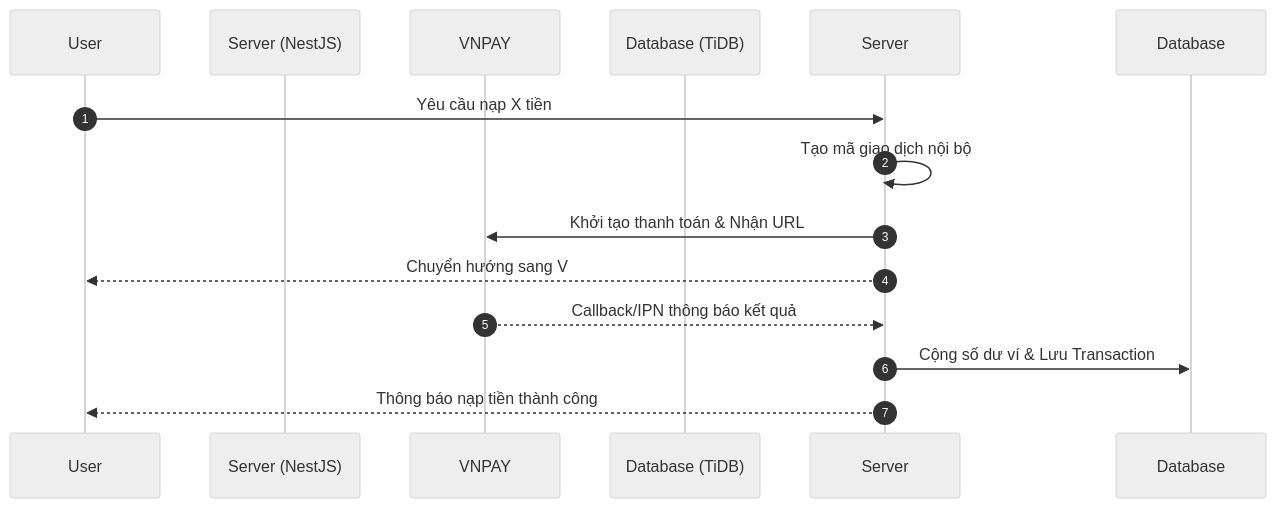
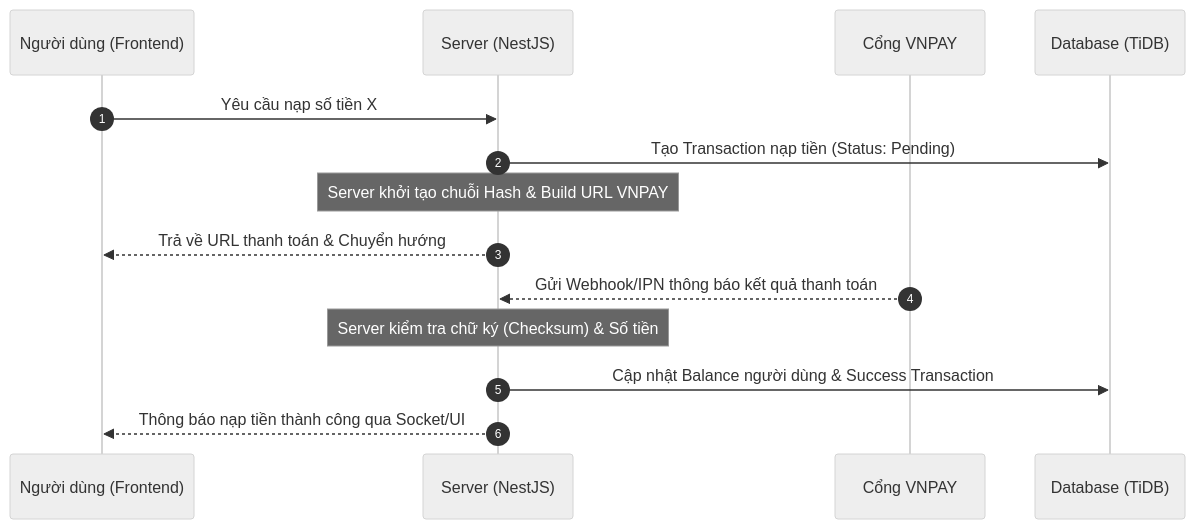
The eighth of 25 diagrams in doc.md (Loisori/SCI-ITF-Canhan42_TrinhSuTruongThi), drawn with Mermaid (neutral theme) before and after one commit. The commit also changed other lines of this file and 1 other file, not shown here.

````diff
--- a/doc.md
+++ b/doc.md
@@ -1190,16 +1247,17 @@
 ```mermaid
 sequenceDiagram
     autonumber
-    participant U as User
+    participant U as Người dùng (Frontend)
     participant S as Server (NestJS)
-    participant V as VNPAY
+    participant V as Cổng VNPAY
     participant D as Database (TiDB)
 
-    U->>Server: Yêu cầu nạp X tiền
-    Server->>Server: Tạo mã giao dịch nội bộ
-    Server->>V: Khởi tạo thanh toán & Nhận URL
-    Server-->>U: Chuyển hướng sang V
-    V-->>Server: Callback/IPN thông báo kết quả
-    Server->>Database: Cộng số dư ví & Lưu Transaction
-    Server-->>U: Thông báo nạp tiền thành công
+    U->>S: Yêu cầu nạp số tiền X
+    S->>D: Tạo Transaction nạp tiền (Status: Pending)
+    Note over S: Server khởi tạo chuỗi Hash & Build URL VNPAY
+    S-->>U: Trả về URL thanh toán & Chuyển hướng
+    V-->>S: Gửi Webhook/IPN thông báo kết quả thanh toán
+    Note over S: Server kiểm tra chữ ký (Checksum) & Số tiền
+    S->>D: Cập nhật Balance người dùng & Success Transaction
+    S-->>U: Thông báo nạp tiền thành công qua Socket/UI
 ```
````
